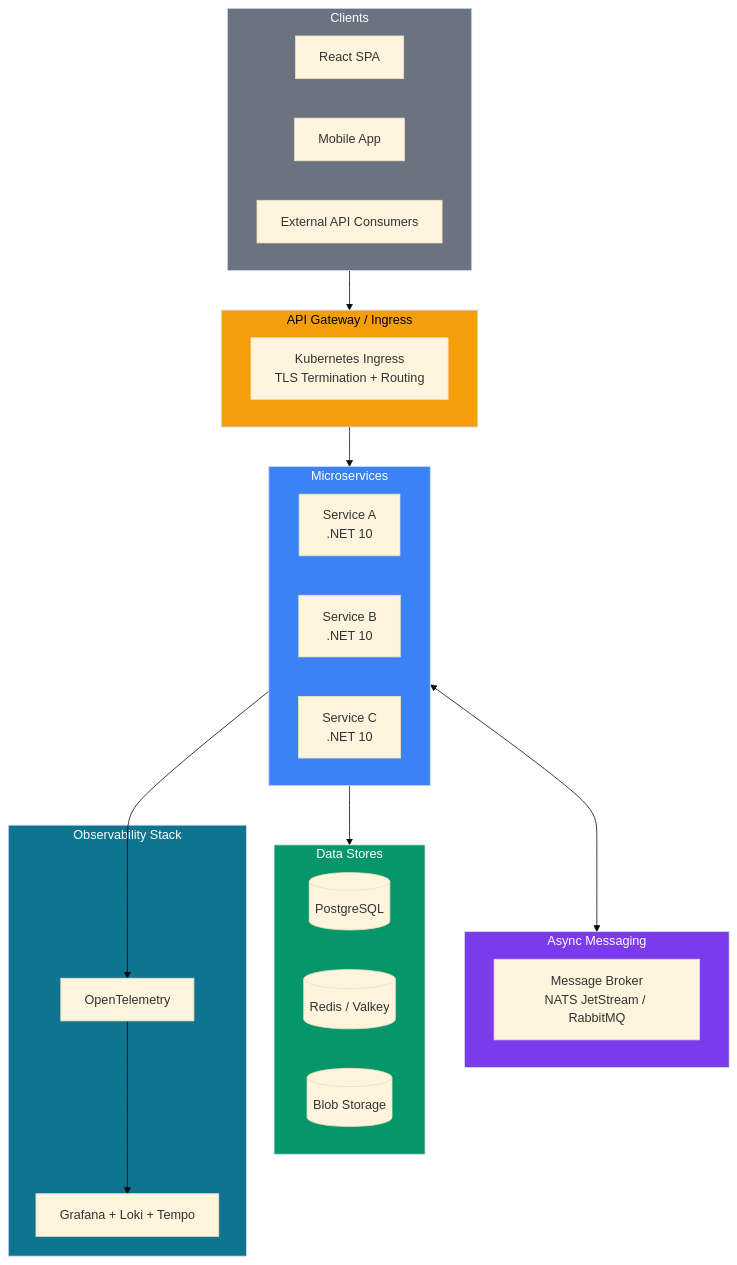
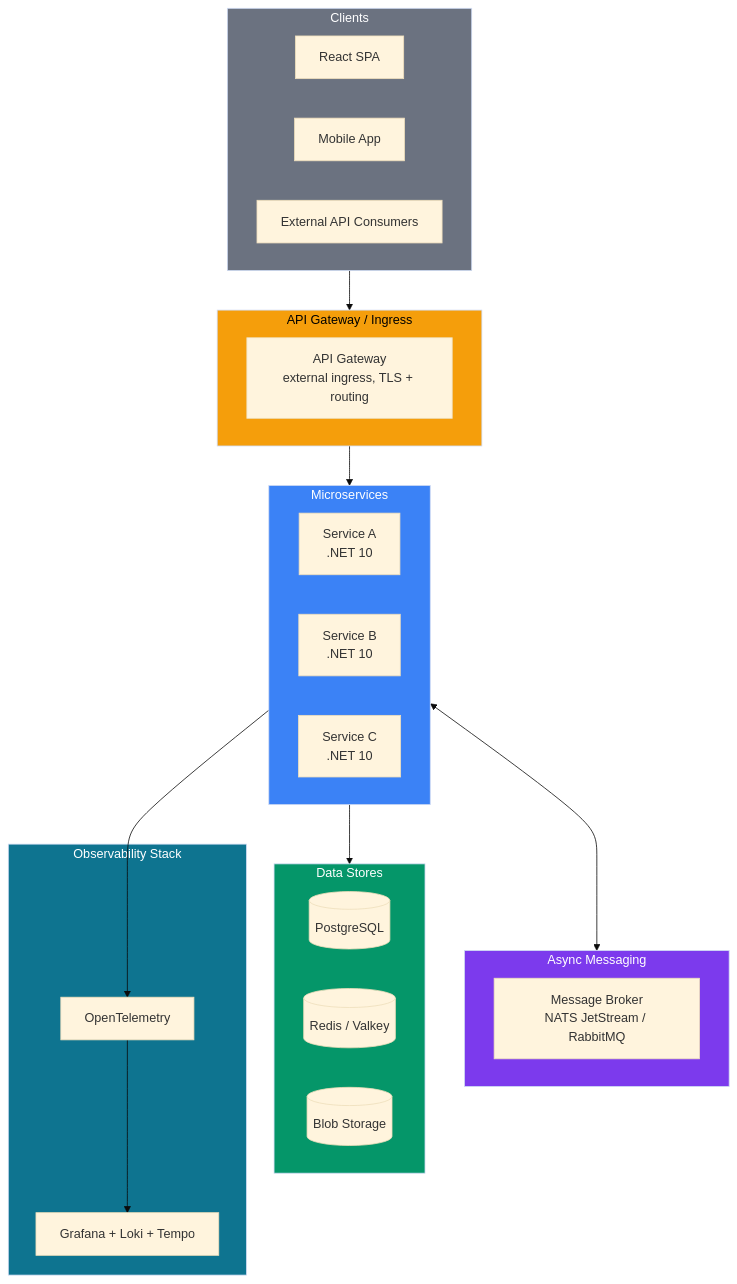
Before and after one commit to makigjuro/cloudstack-ai-plugins: the first of 7 diagrams in docs/architecture.md, drawn with Mermaid (base theme). The commit also changed other lines of this file and 5 other files, not shown here.

First line of the commit message:
make Azure Container Apps the default runtime in the reference architecture

````diff
--- a/docs/architecture.md
+++ b/docs/architecture.md
@@ -9,47 +9,47 @@
 ```mermaid
 graph TB
     subgraph clients["Clients"]
         spa["React SPA"]
         mobile["Mobile App"]
         external_api["External API Consumers"]
     end
 
     subgraph gateway["API Gateway / Ingress"]
-        ingress["Kubernetes Ingress<br/>TLS Termination + Routing"]
+        ingress["API Gateway<br/>external ingress, TLS + routing"]
     end
 
     subgraph services["Microservices"]
         svc_a["Service A<br/>.NET 10"]
         svc_b["Service B<br/>.NET 10"]
         svc_c["Service C<br/>.NET 10"]
     end
 
     subgraph messaging["Async Messaging"]
         broker["Message Broker<br/>NATS JetStream / RabbitMQ"]
     end
 
     subgraph persistence["Data Stores"]
         pg[("PostgreSQL")]
         redis[("Redis / Valkey")]
         blob[("Blob Storage")]
     end
 
     subgraph observability["Observability Stack"]
         otel["OpenTelemetry"]
         grafana["Grafana + Loki + Tempo"]
     end
 
     clients --> gateway
     gateway --> services
     services <--> messaging
     services --> persistence
     services --> otel
     otel --> grafana
 
     style clients fill:#6B7280,color:#fff
     style gateway fill:#F59E0B,color:#000
     style services fill:#3B82F6,color:#fff
     style messaging fill:#7C3AED,color:#fff
     style persistence fill:#059669,color:#fff
     style observability fill:#0E7490,color:#fff
 ```
````
